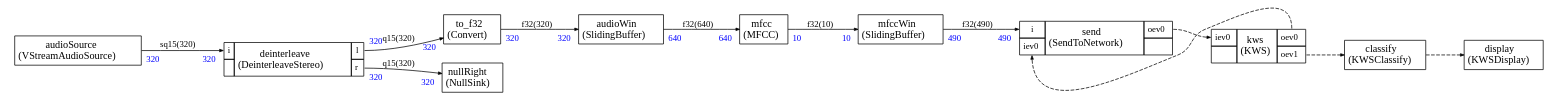
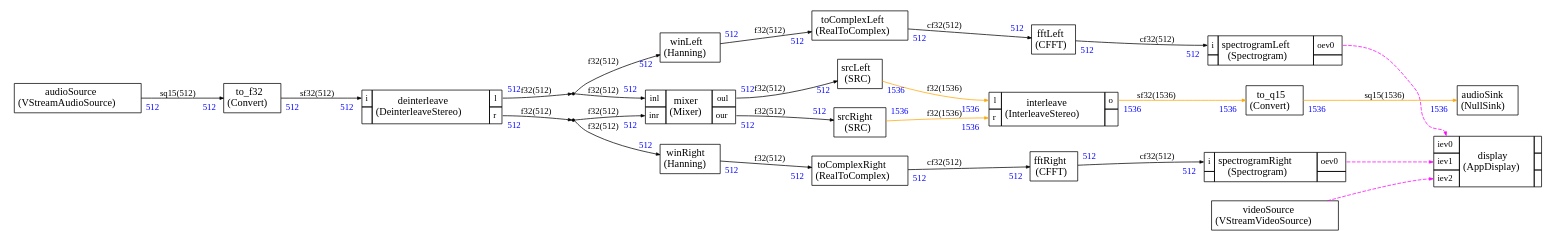
Before and after one commit to christophe0606/AlifAudioExample: the diagram in App_HE/stream/scheduler/graph.dot, drawn with Graphviz. The commit also changed 7 other files, not shown here.

Commit message:
Python script to convert C network to binary format

```diff
--- a/App_HE/stream/scheduler/graph.dot
+++ b/App_HE/stream/scheduler/graph.dot
@@ -11,17 +11,17 @@
     edge [arrowsize="0.5",color="black",fontcolor="black",fontname="Times-Roman"]
 
 
+audioSink [label=<
+<TABLE color="black" bgcolor="none" BORDER="0" CELLBORDER="1" CELLSPACING="0" CELLPADDING="4">
+  <TR>
+    <TD ALIGN="CENTER" PORT="i"><FONT COLOR="black" POINT-SIZE="14.0">audioSink<BR/>(NullSink)</FONT></TD>
+  </TR>
+</TABLE>>];
+
 audioSource [label=<
 <TABLE color="black" bgcolor="none" BORDER="0" CELLBORDER="1" CELLSPACING="0" CELLPADDING="4">
   <TR>
     <TD ALIGN="CENTER" PORT="i"><FONT COLOR="black" POINT-SIZE="14.0">audioSource<BR/>(VStreamAudioSource)</FONT></TD>
-  </TR>
-</TABLE>>];
-
-audioWin [label=<
-<TABLE color="black" bgcolor="none" BORDER="0" CELLBORDER="1" CELLSPACING="0" CELLPADDING="4">
-  <TR>
-    <TD ALIGN="CENTER" PORT="i"><FONT COLOR="black" POINT-SIZE="14.0">audioWin<BR/>(SlidingBuffer)</FONT></TD>
   </TR>
 </TABLE>>];
 
@@ -41,41 +41,114 @@
 
 </TABLE>>];
 
-mfcc [label=<
+dup0 [shape=point,label="dup0"]
+
+dup1 [shape=point,label="dup1"]
+
+fftLeft [label=<
 <TABLE color="black" bgcolor="none" BORDER="0" CELLBORDER="1" CELLSPACING="0" CELLPADDING="4">
   <TR>
-    <TD ALIGN="CENTER" PORT="i"><FONT COLOR="black" POINT-SIZE="14.0">mfcc<BR/>(MFCC)</FONT></TD>
+    <TD ALIGN="CENTER" PORT="i"><FONT COLOR="black" POINT-SIZE="14.0">fftLeft<BR/>(CFFT)</FONT></TD>
   </TR>
 </TABLE>>];
 
-mfccWin [label=<
+fftRight [label=<
 <TABLE color="black" bgcolor="none" BORDER="0" CELLBORDER="1" CELLSPACING="0" CELLPADDING="4">
   <TR>
-    <TD ALIGN="CENTER" PORT="i"><FONT COLOR="black" POINT-SIZE="14.0">mfccWin<BR/>(SlidingBuffer)</FONT></TD>
-  </TR>
-</TABLE>>];
-
-nullRight [label=<
-<TABLE color="black" bgcolor="none" BORDER="0" CELLBORDER="1" CELLSPACING="0" CELLPADDING="4">
-  <TR>
-    <TD ALIGN="CENTER" PORT="i"><FONT COLOR="black" POINT-SIZE="14.0">nullRight<BR/>(NullSink)</FONT></TD>
+    <TD ALIGN="CENTER" PORT="i"><FONT COLOR="black" POINT-SIZE="14.0">fftRight<BR/>(CFFT)</FONT></TD>
   </TR>
 </TABLE>>];
 
 
-send [label=<
+interleave [label=<
 <TABLE color="black" bgcolor="none" BORDER="0" CELLBORDER="1" CELLSPACING="0" CELLPADDING="4">
   <TR>
-    <TD PORT="i"><FONT POINT-SIZE="12.0" COLOR="black">i</FONT></TD>
-    <TD ALIGN="CENTER" ROWSPAN="2"><FONT COLOR="black" POINT-SIZE="14.0">send<BR/>(SendToNetwork)</FONT></TD>
-    <TD PORT="oev0"><FONT POINT-SIZE="12.0" COLOR="black">oev0</FONT></TD>
+    <TD PORT="l"><FONT POINT-SIZE="12.0" COLOR="black">l</FONT></TD>
+    <TD ALIGN="CENTER" ROWSPAN="2"><FONT COLOR="black" POINT-SIZE="14.0">interleave<BR/>(InterleaveStereo)</FONT></TD>
+    <TD PORT="o"><FONT POINT-SIZE="12.0" COLOR="black">o</FONT></TD>
   </TR>
 <TR>
-<TD PORT="iev0"><FONT POINT-SIZE="12.0" COLOR="black">iev0</FONT></TD>
+<TD PORT="r"><FONT POINT-SIZE="12.0" COLOR="black">r</FONT></TD>
 
  
 <TD></TD></TR>
 
+</TABLE>>];
+
+
+mixer [label=<
+<TABLE color="black" bgcolor="none" BORDER="0" CELLBORDER="1" CELLSPACING="0" CELLPADDING="4">
+  <TR>
+    <TD PORT="inl"><FONT POINT-SIZE="12.0" COLOR="black">inl</FONT></TD>
+    <TD ALIGN="CENTER" ROWSPAN="2"><FONT COLOR="black" POINT-SIZE="14.0">mixer<BR/>(Mixer)</FONT></TD>
+    <TD PORT="oul"><FONT POINT-SIZE="12.0" COLOR="black">oul</FONT></TD>
+  </TR>
+<TR>
+<TD PORT="inr"><FONT POINT-SIZE="12.0" COLOR="black">inr</FONT></TD>
+
+<TD PORT="our"><FONT POINT-SIZE="12.0" COLOR="black">our</FONT></TD>
+</TR>
+
+</TABLE>>];
+
+
+spectrogramLeft [label=<
+<TABLE color="black" bgcolor="none" BORDER="0" CELLBORDER="1" CELLSPACING="0" CELLPADDING="4">
+  <TR>
+    <TD PORT="i"><FONT POINT-SIZE="12.0" COLOR="black">i</FONT></TD>
+    <TD ALIGN="CENTER" ROWSPAN="2"><FONT COLOR="black" POINT-SIZE="14.0">spectrogramLeft<BR/>(Spectrogram)</FONT></TD>
+    <TD PORT="oev0"><FONT POINT-SIZE="12.0" COLOR="black">oev0</FONT></TD>
+  </TR>
+<TR>
+ 
+<TD></TD>
+ 
+<TD></TD></TR>
+
+</TABLE>>];
+
+
+spectrogramRight [label=<
+<TABLE color="black" bgcolor="none" BORDER="0" CELLBORDER="1" CELLSPACING="0" CELLPADDING="4">
+  <TR>
+    <TD PORT="i"><FONT POINT-SIZE="12.0" COLOR="black">i</FONT></TD>
+    <TD ALIGN="CENTER" ROWSPAN="2"><FONT COLOR="black" POINT-SIZE="14.0">spectrogramRight<BR/>(Spectrogram)</FONT></TD>
+    <TD PORT="oev0"><FONT POINT-SIZE="12.0" COLOR="black">oev0</FONT></TD>
+  </TR>
+<TR>
+ 
+<TD></TD>
+ 
+<TD></TD></TR>
+
+</TABLE>>];
+
+srcLeft [label=<
+<TABLE color="black" bgcolor="none" BORDER="0" CELLBORDER="1" CELLSPACING="0" CELLPADDING="4">
+  <TR>
+    <TD ALIGN="CENTER" PORT="i"><FONT COLOR="black" POINT-SIZE="14.0">srcLeft<BR/>(SRC)</FONT></TD>
+  </TR>
+</TABLE>>];
+
+srcRight [label=<
+<TABLE color="black" bgcolor="none" BORDER="0" CELLBORDER="1" CELLSPACING="0" CELLPADDING="4">
+  <TR>
+    <TD ALIGN="CENTER" PORT="i"><FONT COLOR="black" POINT-SIZE="14.0">srcRight<BR/>(SRC)</FONT></TD>
+  </TR>
+</TABLE>>];
+
+toComplexLeft [label=<
+<TABLE color="black" bgcolor="none" BORDER="0" CELLBORDER="1" CELLSPACING="0" CELLPADDING="4">
+  <TR>
+    <TD ALIGN="CENTER" PORT="i"><FONT COLOR="black" POINT-SIZE="14.0">toComplexLeft<BR/>(RealToComplex)</FONT></TD>
+  </TR>
+</TABLE>>];
+
+toComplexRight [label=<
+<TABLE color="black" bgcolor="none" BORDER="0" CELLBORDER="1" CELLSPACING="0" CELLPADDING="4">
+  <TR>
+    <TD ALIGN="CENTER" PORT="i"><FONT COLOR="black" POINT-SIZE="14.0">toComplexRight<BR/>(RealToComplex)</FONT></TD>
+  </TR>
 </TABLE>>];
 
 to_f32 [label=<
@@ -85,92 +158,185 @@
   </TR>
 </TABLE>>];
 
-classify [label=<
+to_q15 [label=<
 <TABLE color="black" bgcolor="none" BORDER="0" CELLBORDER="1" CELLSPACING="0" CELLPADDING="4">
   <TR>
-    <TD ALIGN="CENTER" PORT="i"><FONT COLOR="black" POINT-SIZE="14.0">classify<BR/>(KWSClassify)</FONT></TD>
+    <TD ALIGN="CENTER" PORT="i"><FONT COLOR="black" POINT-SIZE="14.0">to_q15<BR/>(Convert)</FONT></TD>
   </TR>
 </TABLE>>];
+
+winLeft [label=<
+<TABLE color="black" bgcolor="none" BORDER="0" CELLBORDER="1" CELLSPACING="0" CELLPADDING="4">
+  <TR>
+    <TD ALIGN="CENTER" PORT="i"><FONT COLOR="black" POINT-SIZE="14.0">winLeft<BR/>(Hanning)</FONT></TD>
+  </TR>
+</TABLE>>];
+
+winRight [label=<
+<TABLE color="black" bgcolor="none" BORDER="0" CELLBORDER="1" CELLSPACING="0" CELLPADDING="4">
+  <TR>
+    <TD ALIGN="CENTER" PORT="i"><FONT COLOR="black" POINT-SIZE="14.0">winRight<BR/>(Hanning)</FONT></TD>
+  </TR>
+</TABLE>>];
+
 
 display [label=<
 <TABLE color="black" bgcolor="none" BORDER="0" CELLBORDER="1" CELLSPACING="0" CELLPADDING="4">
   <TR>
-    <TD ALIGN="CENTER" PORT="i"><FONT COLOR="black" POINT-SIZE="14.0">display<BR/>(KWSDisplay)</FONT></TD>
+    <TD PORT="iev0"><FONT POINT-SIZE="12.0" COLOR="black">iev0</FONT></TD>
+    <TD ALIGN="CENTER" ROWSPAN="3"><FONT COLOR="black" POINT-SIZE="14.0">display<BR/>(AppDisplay)</FONT></TD>
+    <TD></TD>
+  </TR>
+<TR>
+<TD PORT="iev1"><FONT POINT-SIZE="12.0" COLOR="black">iev1</FONT></TD>
+
+ 
+<TD></TD></TR><TR>
+<TD PORT="iev2"><FONT POINT-SIZE="12.0" COLOR="black">iev2</FONT></TD>
+
+ 
+<TD></TD></TR>
+
+</TABLE>>];
+
+videoSource [label=<
+<TABLE color="black" bgcolor="none" BORDER="0" CELLBORDER="1" CELLSPACING="0" CELLPADDING="4">
+  <TR>
+    <TD ALIGN="CENTER" PORT="i"><FONT COLOR="black" POINT-SIZE="14.0">videoSource<BR/>(VStreamVideoSource)</FONT></TD>
   </TR>
 </TABLE>>];
 
 
-kws [label=<
-<TABLE color="black" bgcolor="none" BORDER="0" CELLBORDER="1" CELLSPACING="0" CELLPADDING="4">
-  <TR>
-    <TD PORT="iev0"><FONT POINT-SIZE="12.0" COLOR="black">iev0</FONT></TD>
-    <TD ALIGN="CENTER" ROWSPAN="2"><FONT COLOR="black" POINT-SIZE="14.0">kws<BR/>(KWS)</FONT></TD>
-    <TD PORT="oev0"><FONT POINT-SIZE="12.0" COLOR="black">oev0</FONT></TD>
-  </TR>
-<TR>
+
+audioSource:i -> to_f32:i [style="solid",color="black",fontsize="12.0",fontcolor="black",label=<sq15(512)>
+,headlabel=<<TABLE BORDER="0" CELLPADDING="4"><TR><TD><FONT COLOR="blue" POINT-SIZE="12.0" >512</FONT>
+</TD></TR></TABLE>>
+,taillabel=<<TABLE BORDER="0" CELLPADDING="4"><TR><TD><FONT COLOR="blue" POINT-SIZE="12.0" >512</FONT>
+</TD></TR></TABLE>>]
+
+to_f32:i -> deinterleave:i [style="solid",color="black",fontsize="12.0",fontcolor="black",label=<sf32(512)>
+,headlabel=<<TABLE BORDER="0" CELLPADDING="4"><TR><TD><FONT COLOR="blue" POINT-SIZE="12.0" >512</FONT>
+</TD></TR></TABLE>>
+,taillabel=<<TABLE BORDER="0" CELLPADDING="4"><TR><TD><FONT COLOR="blue" POINT-SIZE="12.0" >512</FONT>
+</TD></TR></TABLE>>]
+
+winLeft:i -> toComplexLeft:i [style="solid",color="black",fontsize="12.0",fontcolor="black",label=<f32(512)>
+,headlabel=<<TABLE BORDER="0" CELLPADDING="4"><TR><TD><FONT COLOR="blue" POINT-SIZE="12.0" >512</FONT>
+</TD></TR></TABLE>>
+,taillabel=<<TABLE BORDER="0" CELLPADDING="4"><TR><TD><FONT COLOR="blue" POINT-SIZE="12.0" >512</FONT>
+</TD></TR></TABLE>>]
+
+winRight:i -> toComplexRight:i [style="solid",color="black",fontsize="12.0",fontcolor="black",label=<f32(512)>
+,headlabel=<<TABLE BORDER="0" CELLPADDING="4"><TR><TD><FONT COLOR="blue" POINT-SIZE="12.0" >512</FONT>
+</TD></TR></TABLE>>
+,taillabel=<<TABLE BORDER="0" CELLPADDING="4"><TR><TD><FONT COLOR="blue" POINT-SIZE="12.0" >512</FONT>
+</TD></TR></TABLE>>]
+
+toComplexLeft:i -> fftLeft:i [style="solid",color="black",fontsize="12.0",fontcolor="black",label=<cf32(512)>
+,headlabel=<<TABLE BORDER="0" CELLPADDING="4"><TR><TD><FONT COLOR="blue" POINT-SIZE="12.0" >512</FONT>
+</TD></TR></TABLE>>
+,taillabel=<<TABLE BORDER="0" CELLPADDING="4"><TR><TD><FONT COLOR="blue" POINT-SIZE="12.0" >512</FONT>
+</TD></TR></TABLE>>]
+
+toComplexRight:i -> fftRight:i [style="solid",color="black",fontsize="12.0",fontcolor="black",label=<cf32(512)>
+,headlabel=<<TABLE BORDER="0" CELLPADDING="4"><TR><TD><FONT COLOR="blue" POINT-SIZE="12.0" >512</FONT>
+</TD></TR></TABLE>>
+,taillabel=<<TABLE BORDER="0" CELLPADDING="4"><TR><TD><FONT COLOR="blue" POINT-SIZE="12.0" >512</FONT>
+</TD></TR></TABLE>>]
+
+fftLeft:i -> spectrogramLeft:i [style="solid",color="black",fontsize="12.0",fontcolor="black",label=<cf32(512)>
+,headlabel=<<TABLE BORDER="0" CELLPADDING="4"><TR><TD><FONT COLOR="blue" POINT-SIZE="12.0" >512</FONT>
+</TD></TR></TABLE>>
+,taillabel=<<TABLE BORDER="0" CELLPADDING="4"><TR><TD><FONT COLOR="blue" POINT-SIZE="12.0" >512</FONT>
+</TD></TR></TABLE>>]
+
+fftRight:i -> spectrogramRight:i [style="solid",color="black",fontsize="12.0",fontcolor="black",label=<cf32(512)>
+,headlabel=<<TABLE BORDER="0" CELLPADDING="4"><TR><TD><FONT COLOR="blue" POINT-SIZE="12.0" >512</FONT>
+</TD></TR></TABLE>>
+,taillabel=<<TABLE BORDER="0" CELLPADDING="4"><TR><TD><FONT COLOR="blue" POINT-SIZE="12.0" >512</FONT>
+</TD></TR></TABLE>>]
+
+mixer:oul -> srcLeft:i [style="solid",color="black",fontsize="12.0",fontcolor="black",label=<f32(512)>
+,headlabel=<<TABLE BORDER="0" CELLPADDING="4"><TR><TD><FONT COLOR="blue" POINT-SIZE="12.0" >512</FONT>
+</TD></TR></TABLE>>
+,taillabel=<<TABLE BORDER="0" CELLPADDING="4"><TR><TD><FONT COLOR="blue" POINT-SIZE="12.0" >512</FONT>
+</TD></TR></TABLE>>]
+
+mixer:our -> srcRight:i [style="solid",color="black",fontsize="12.0",fontcolor="black",label=<f32(512)>
+,headlabel=<<TABLE BORDER="0" CELLPADDING="4"><TR><TD><FONT COLOR="blue" POINT-SIZE="12.0" >512</FONT>
+</TD></TR></TABLE>>
+,taillabel=<<TABLE BORDER="0" CELLPADDING="4"><TR><TD><FONT COLOR="blue" POINT-SIZE="12.0" >512</FONT>
+</TD></TR></TABLE>>]
+
+srcLeft:i -> interleave:l [style="solid",color="orange",fontsize="12.0",fontcolor="black",label=<f32(1536)>
+,headlabel=<<TABLE BORDER="0" CELLPADDING="4"><TR><TD><FONT COLOR="blue" POINT-SIZE="12.0" >1536</FONT>
+</TD></TR></TABLE>>
+,taillabel=<<TABLE BORDER="0" CELLPADDING="4"><TR><TD><FONT COLOR="blue" POINT-SIZE="12.0" >1536</FONT>
+</TD></TR></TABLE>>]
+
+srcRight:i -> interleave:r [style="solid",color="orange",fontsize="12.0",fontcolor="black",label=<f32(1536)>
+,headlabel=<<TABLE BORDER="0" CELLPADDING="4"><TR><TD><FONT COLOR="blue" POINT-SIZE="12.0" >1536</FONT>
+</TD></TR></TABLE>>
+,taillabel=<<TABLE BORDER="0" CELLPADDING="4"><TR><TD><FONT COLOR="blue" POINT-SIZE="12.0" >1536</FONT>
+</TD></TR></TABLE>>]
+
+interleave:o -> to_q15:i [style="solid",color="orange",fontsize="12.0",fontcolor="black",label=<sf32(1536)>
+,headlabel=<<TABLE BORDER="0" CELLPADDING="4"><TR><TD><FONT COLOR="blue" POINT-SIZE="12.0" >1536</FONT>
+</TD></TR></TABLE>>
+,taillabel=<<TABLE BORDER="0" CELLPADDING="4"><TR><TD><FONT COLOR="blue" POINT-SIZE="12.0" >1536</FONT>
+</TD></TR></TABLE>>]
+
+to_q15:i -> audioSink:i [style="solid",color="orange",fontsize="12.0",fontcolor="black",label=<sq15(1536)>
+,headlabel=<<TABLE BORDER="0" CELLPADDING="4"><TR><TD><FONT COLOR="blue" POINT-SIZE="12.0" >1536</FONT>
+</TD></TR></TABLE>>
+,taillabel=<<TABLE BORDER="0" CELLPADDING="4"><TR><TD><FONT COLOR="blue" POINT-SIZE="12.0" >1536</FONT>
+</TD></TR></TABLE>>]
+
+deinterleave:l ->  
+dup0 [style="solid",color="black",fontsize="12.0",fontcolor="black",label=<f32(512)>
+
+,taillabel=<<TABLE BORDER="0" CELLPADDING="4"><TR><TD><FONT COLOR="blue" POINT-SIZE="12.0" >512</FONT>
+</TD></TR></TABLE>>]
+
  
-<TD></TD>
-<TD PORT="oev1"><FONT POINT-SIZE="12.0" COLOR="black">oev1</FONT></TD>
-</TR>
+dup0 -> winLeft:i [style="solid",color="black",fontsize="12.0",fontcolor="black",label=<f32(512)>
+,headlabel=<<TABLE BORDER="0" CELLPADDING="4"><TR><TD><FONT COLOR="blue" POINT-SIZE="12.0" >512</FONT>
+</TD></TR></TABLE>>
+]
 
-</TABLE>>];
+ 
+dup0 -> mixer:inl [style="solid",color="black",fontsize="12.0",fontcolor="black",label=<f32(512)>
+,headlabel=<<TABLE BORDER="0" CELLPADDING="4"><TR><TD><FONT COLOR="blue" POINT-SIZE="12.0" >512</FONT>
+</TD></TR></TABLE>>
+]
+
+deinterleave:r ->  
+dup1 [style="solid",color="black",fontsize="12.0",fontcolor="black",label=<f32(512)>
+
+,taillabel=<<TABLE BORDER="0" CELLPADDING="4"><TR><TD><FONT COLOR="blue" POINT-SIZE="12.0" >512</FONT>
+</TD></TR></TABLE>>]
+
+ 
+dup1 -> winRight:i [style="solid",color="black",fontsize="12.0",fontcolor="black",label=<f32(512)>
+,headlabel=<<TABLE BORDER="0" CELLPADDING="4"><TR><TD><FONT COLOR="blue" POINT-SIZE="12.0" >512</FONT>
+</TD></TR></TABLE>>
+]
+
+ 
+dup1 -> mixer:inr [style="solid",color="black",fontsize="12.0",fontcolor="black",label=<f32(512)>
+,headlabel=<<TABLE BORDER="0" CELLPADDING="4"><TR><TD><FONT COLOR="blue" POINT-SIZE="12.0" >512</FONT>
+</TD></TR></TABLE>>
+]
 
 
 
-audioSource:i -> deinterleave:i [style="solid",color="black",fontsize="12.0",fontcolor="black",label=<sq15(320)>
-,headlabel=<<TABLE BORDER="0" CELLPADDING="4"><TR><TD><FONT COLOR="blue" POINT-SIZE="12.0" >320</FONT>
-</TD></TR></TABLE>>
-,taillabel=<<TABLE BORDER="0" CELLPADDING="4"><TR><TD><FONT COLOR="blue" POINT-SIZE="12.0" >320</FONT>
-</TD></TR></TABLE>>]
-
-deinterleave:l -> to_f32:i [style="solid",color="black",fontsize="12.0",fontcolor="black",label=<q15(320)>
-,headlabel=<<TABLE BORDER="0" CELLPADDING="4"><TR><TD><FONT COLOR="blue" POINT-SIZE="12.0" >320</FONT>
-</TD></TR></TABLE>>
-,taillabel=<<TABLE BORDER="0" CELLPADDING="4"><TR><TD><FONT COLOR="blue" POINT-SIZE="12.0" >320</FONT>
-</TD></TR></TABLE>>]
-
-to_f32:i -> audioWin:i [style="solid",color="black",fontsize="12.0",fontcolor="black",label=<f32(320)>
-,headlabel=<<TABLE BORDER="0" CELLPADDING="4"><TR><TD><FONT COLOR="blue" POINT-SIZE="12.0" >320</FONT>
-</TD></TR></TABLE>>
-,taillabel=<<TABLE BORDER="0" CELLPADDING="4"><TR><TD><FONT COLOR="blue" POINT-SIZE="12.0" >320</FONT>
-</TD></TR></TABLE>>]
-
-audioWin:i -> mfcc:i [style="solid",color="black",fontsize="12.0",fontcolor="black",label=<f32(640)>
-,headlabel=<<TABLE BORDER="0" CELLPADDING="4"><TR><TD><FONT COLOR="blue" POINT-SIZE="12.0" >640</FONT>
-</TD></TR></TABLE>>
-,taillabel=<<TABLE BORDER="0" CELLPADDING="4"><TR><TD><FONT COLOR="blue" POINT-SIZE="12.0" >640</FONT>
-</TD></TR></TABLE>>]
-
-mfcc:i -> mfccWin:i [style="solid",color="black",fontsize="12.0",fontcolor="black",label=<f32(10)>
-,headlabel=<<TABLE BORDER="0" CELLPADDING="4"><TR><TD><FONT COLOR="blue" POINT-SIZE="12.0" >10</FONT>
-</TD></TR></TABLE>>
-,taillabel=<<TABLE BORDER="0" CELLPADDING="4"><TR><TD><FONT COLOR="blue" POINT-SIZE="12.0" >10</FONT>
-</TD></TR></TABLE>>]
-
-mfccWin:i -> send:i [style="solid",color="black",fontsize="12.0",fontcolor="black",label=<f32(490)>
-,headlabel=<<TABLE BORDER="0" CELLPADDING="4"><TR><TD><FONT COLOR="blue" POINT-SIZE="12.0" >490</FONT>
-</TD></TR></TABLE>>
-,taillabel=<<TABLE BORDER="0" CELLPADDING="4"><TR><TD><FONT COLOR="blue" POINT-SIZE="12.0" >490</FONT>
-</TD></TR></TABLE>>]
-
-deinterleave:r -> nullRight:i [style="solid",color="black",fontsize="12.0",fontcolor="black",label=<q15(320)>
-,headlabel=<<TABLE BORDER="0" CELLPADDING="4"><TR><TD><FONT COLOR="blue" POINT-SIZE="12.0" >320</FONT>
-</TD></TR></TABLE>>
-,taillabel=<<TABLE BORDER="0" CELLPADDING="4"><TR><TD><FONT COLOR="blue" POINT-SIZE="12.0" >320</FONT>
-</TD></TR></TABLE>>]
-
-
-
-send:oev0 -> kws:iev0 [style="dashed",color="black",fontsize="12.0",fontcolor="black",label=<>
+spectrogramLeft:oev0 -> display:iev0 [style="dashed",color="magenta",fontsize="12.0",fontcolor="black",label=<>
 
 ]
-kws:oev0 -> send:iev0 [style="dashed",color="black",fontsize="12.0",fontcolor="black",label=<>
+spectrogramRight:oev0 -> display:iev1 [style="dashed",color="magenta",fontsize="12.0",fontcolor="black",label=<>
 
 ]
-kws:oev1 -> classify:i [style="dashed",color="black",fontsize="12.0",fontcolor="black",label=<>
-
-]
-classify:i -> display:i [style="dashed",color="black",fontsize="12.0",fontcolor="black",label=<>
+videoSource:i -> display:iev2 [style="dashed",color="magenta",fontsize="12.0",fontcolor="black",label=<>
 
 ]
 
```
